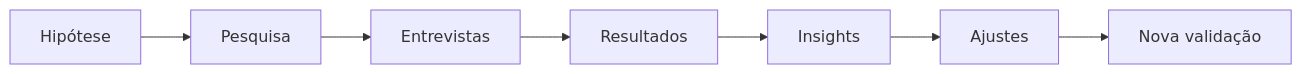
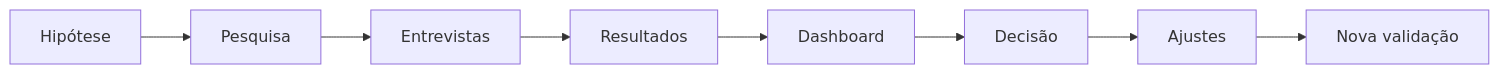
Before and after one commit to guivos-repositorio/Guivos-Knowledge-Repository: the diagram in docs/research/market-validation/README.md, drawn with Mermaid. The commit also changed other lines of this file, not shown here.

````diff
--- a/docs/research/market-validation/README.md
+++ b/docs/research/market-validation/README.md
@@ -34,4 +36,4 @@
 ```mermaid
 flowchart LR
-    A["Hipótese"] --> B["Pesquisa"] --> C["Entrevistas"] --> D["Resultados"] --> E["Insights"] --> F["Ajustes"] --> G["Nova validação"]
+    A["Hipótese"] --> B["Pesquisa"] --> C["Entrevistas"] --> D["Resultados"] --> E["Dashboard"] --> F["Decisão"] --> G["Ajustes"] --> H["Nova validação"]
 ```
````
